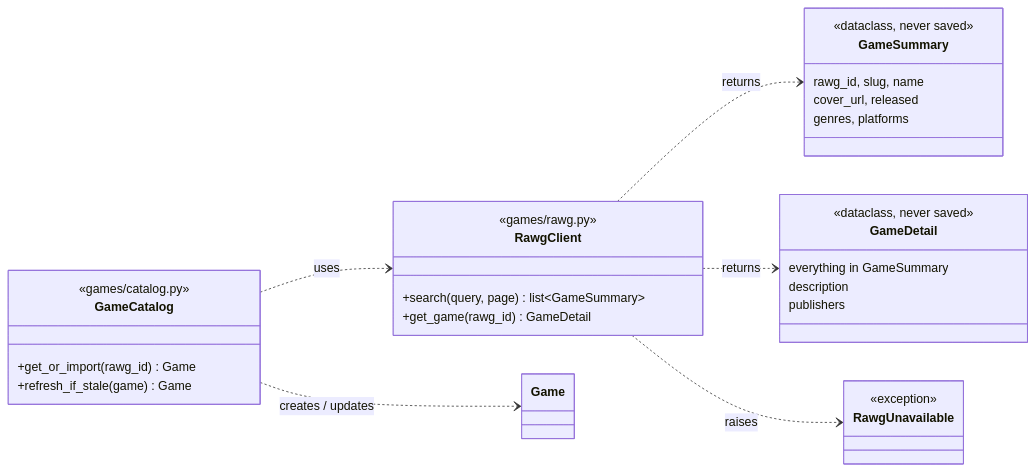
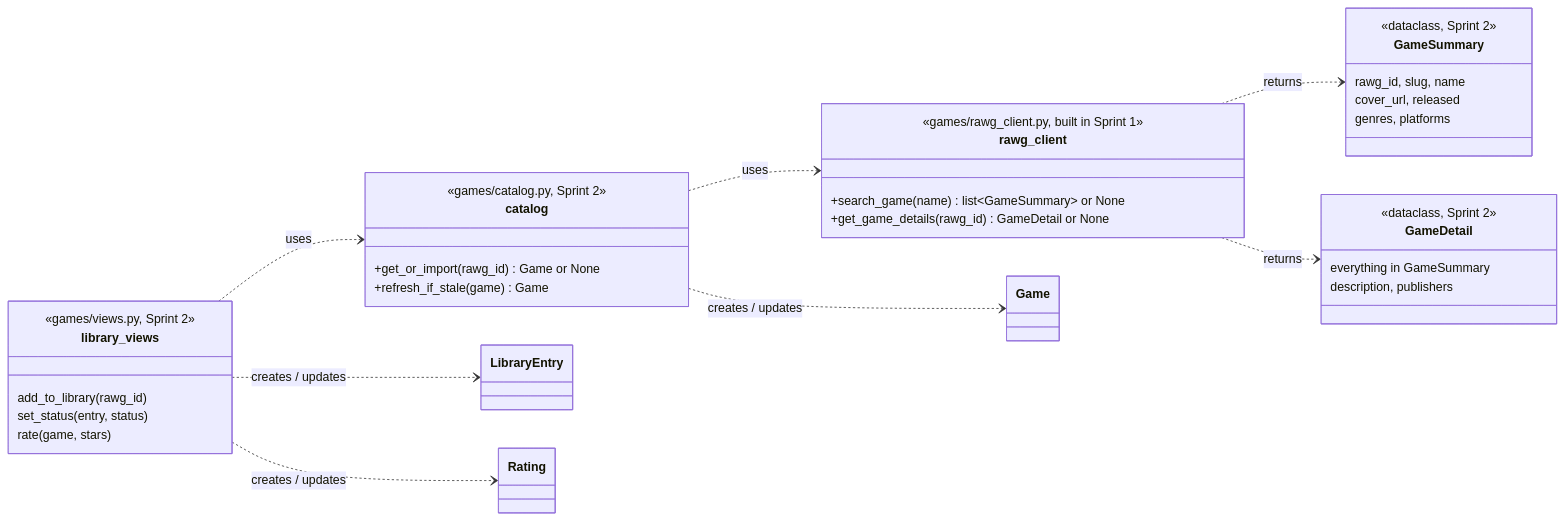
Before and after one commit to CS4300-CS5300-FA26/team-5: the third of 4 diagrams in docs/design/game-catalog.md, drawn with Mermaid. The commit also changed other lines of this file and 1 other file, not shown here.

First line of the commit message:
Refocus the game catalog design on Sprint 2

````diff
--- a/docs/design/game-catalog.md
+++ b/docs/design/game-catalog.md
@@ -135,34 +164,38 @@
 ```mermaid
 classDiagram
   direction LR
-  class RawgClient {
-    <<games/rawg.py>>
-    +search(query, page) list~GameSummary~
-    +get_game(rawg_id) GameDetail
+  class rawg_client {
+    <<games/rawg_client.py, built in Sprint 1>>
+    +search_game(name) list~GameSummary~ or None
+    +get_game_details(rawg_id) GameDetail or None
   }
   class GameSummary {
-    <<dataclass, never saved>>
+    <<dataclass, Sprint 2>>
     rawg_id, slug, name
     cover_url, released
     genres, platforms
   }
   class GameDetail {
-    <<dataclass, never saved>>
+    <<dataclass, Sprint 2>>
     everything in GameSummary
-    description
-    publishers
+    description, publishers
   }
-  class GameCatalog {
-    <<games/catalog.py>>
-    +get_or_import(rawg_id) Game
+  class catalog {
+    <<games/catalog.py, Sprint 2>>
+    +get_or_import(rawg_id) Game or None
     +refresh_if_stale(game) Game
   }
-  class RawgUnavailable {
-    <<exception>>
+  class library_views {
+    <<games/views.py, Sprint 2>>
+    add_to_library(rawg_id)
+    set_status(entry, status)
+    rate(game, stars)
   }
-  RawgClient ..> GameSummary : returns
-  RawgClient ..> GameDetail : returns
-  RawgClient ..> RawgUnavailable : raises
-  GameCatalog ..> RawgClient : uses
-  GameCatalog ..> Game : creates / updates
+  rawg_client ..> GameSummary : returns
+  rawg_client ..> GameDetail : returns
+  catalog ..> rawg_client : uses
+  catalog ..> Game : creates / updates
+  library_views ..> catalog : uses
+  library_views ..> LibraryEntry : creates / updates
+  library_views ..> Rating : creates / updates
 ```
````
